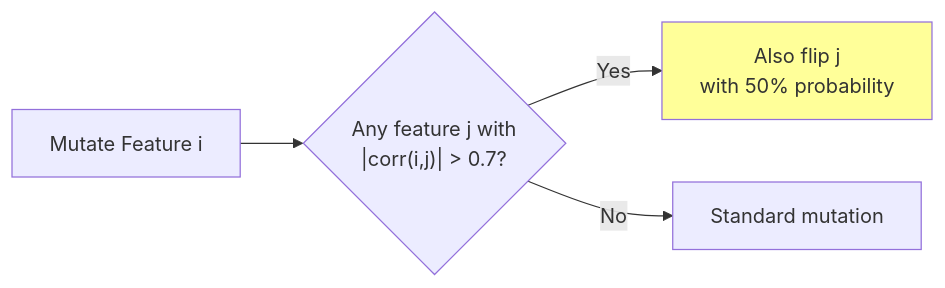
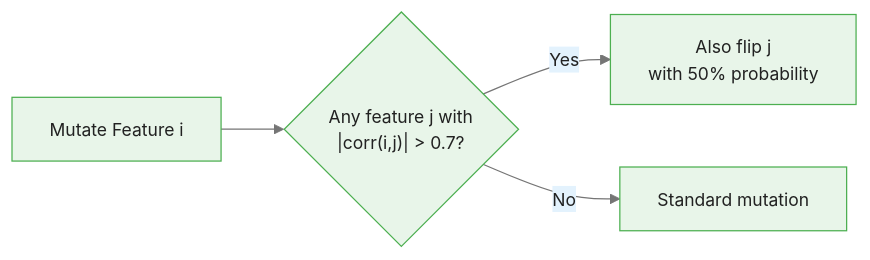
Before and after one commit to m-deane/course-creator: the second of 3 diagrams in courses/genetic-algorithms-feature-selection/modules/module_04_implementation/guides/02_custom_operators_slides.md, drawn with Mermaid. The commit also changed other lines of this file and 52 other files, not shown here.

````diff
--- a/courses/genetic-algorithms-feature-selection/modules/module_04_implementation/guides/02_custom_operators_slides.md
+++ b/courses/genetic-algorithms-feature-selection/modules/module_04_implementation/guides/02_custom_operators_slides.md
@@ -168,7 +166,7 @@
 ```mermaid
+%%{init: {"theme": "base", "themeVariables": {"primaryColor": "#e8f5e9", "primaryBorderColor": "#4caf50", "primaryTextColor": "#212121", "secondaryColor": "#e3f2fd", "tertiaryColor": "#fff8e1", "lineColor": "#757575", "fontFamily": "Inter, sans-serif", "fontSize": "14px"}}}%%
 flowchart LR
     A["Mutate Feature i"] --> B{"Any feature j with<br/>|corr(i,j)| > 0.7?"}
     B -->|Yes| C["Also flip j<br/>with 50% probability"]
     B -->|No| D["Standard mutation"]
-    style C fill:#ff9
 ```
````
